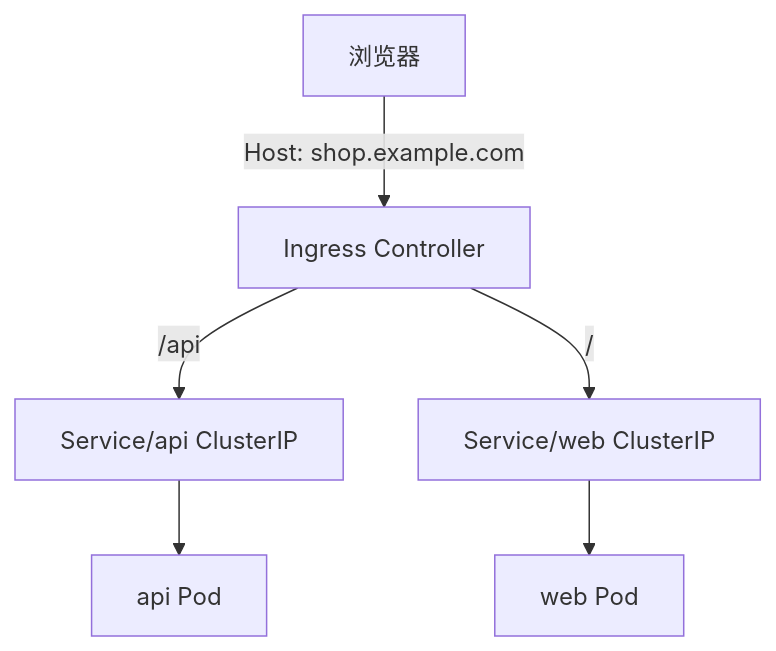
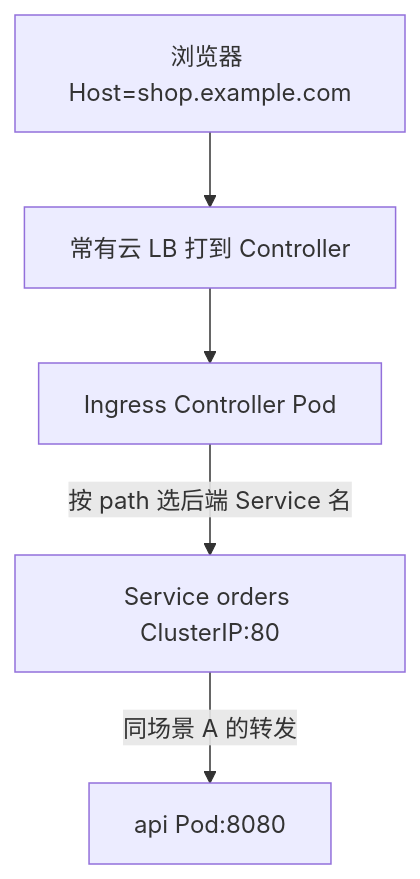
The sixth of 6 diagrams in notes/A-target/k8s-service-ingress.md (cityofwang/container-cloud-interview-prep), drawn with Mermaid before and after one commit. The commit also changed other lines of this file and 17 other files, not shown here.

````diff
--- a/notes/A-target/k8s-service-ingress.md
+++ b/notes/A-target/k8s-service-ingress.md
@@ -123,8 +250,7 @@
 ```mermaid
 flowchart TB
-  Browser[浏览器] -->|Host: shop.example.com| IC[Ingress Controller]
-  IC -->|/api| Sapi[Service/api ClusterIP]
-  IC -->|/| Sweb[Service/web ClusterIP]
-  Sapi --> AP1[api Pod]
-  Sweb --> WP1[web Pod]
+  Br[浏览器 Host=shop.example.com] --> LB[常有云 LB 打到 Controller]
+  LB --> IC[Ingress Controller Pod]
+  IC -->|按 path 选后端 Service 名| S80[Service orders ClusterIP:80]
+  S80 -->|同场景 A 的转发| API[api Pod:8080]
 ```
````
